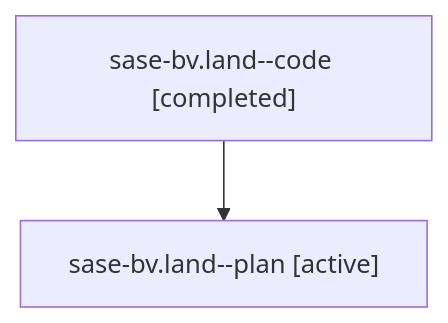
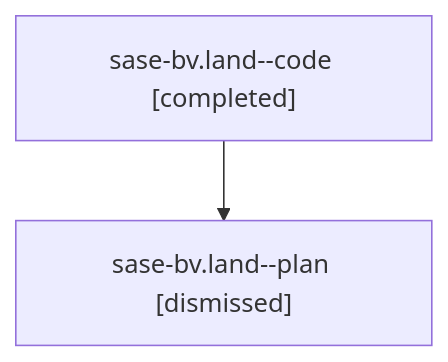
One commit to sase-org/sase--agents changed the diagram in sessions/bbugyi200.athena.sase-bv.land.md. Above: the diagram before and after it, drawn with Mermaid. The commit also changed other lines of this file and 32 other files, not shown here.

````diff
--- a/sessions/bbugyi200.athena.sase-bv.land.md
+++ b/sessions/bbugyi200.athena.sase-bv.land.md
@@ -9,6 +9,6 @@
 ```mermaid
 flowchart TD
   n0["sase-bv.land--code [completed]"]
-  n1["sase-bv.land--plan [active]"]
+  n1["sase-bv.land--plan [dismissed]"]
   n0 --> n1
 ```
````
